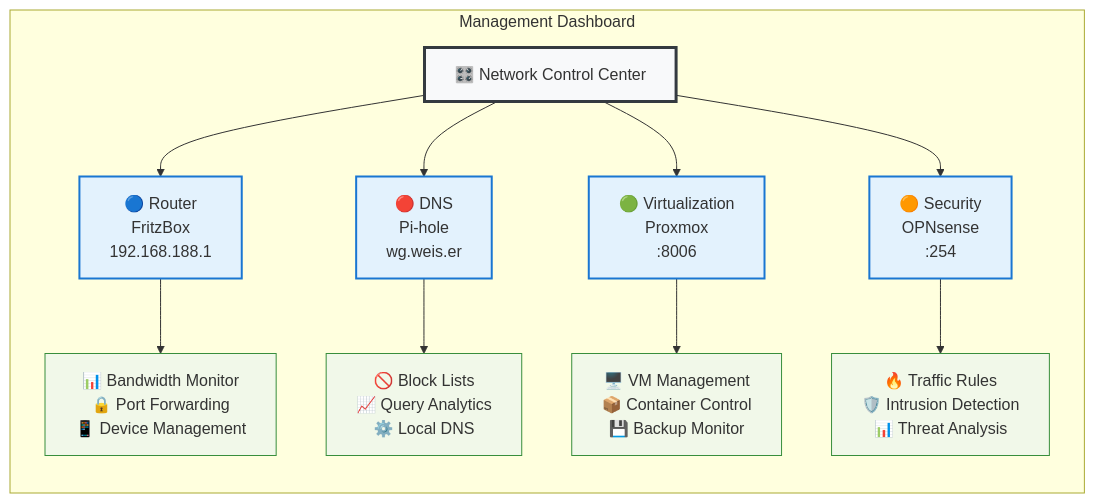
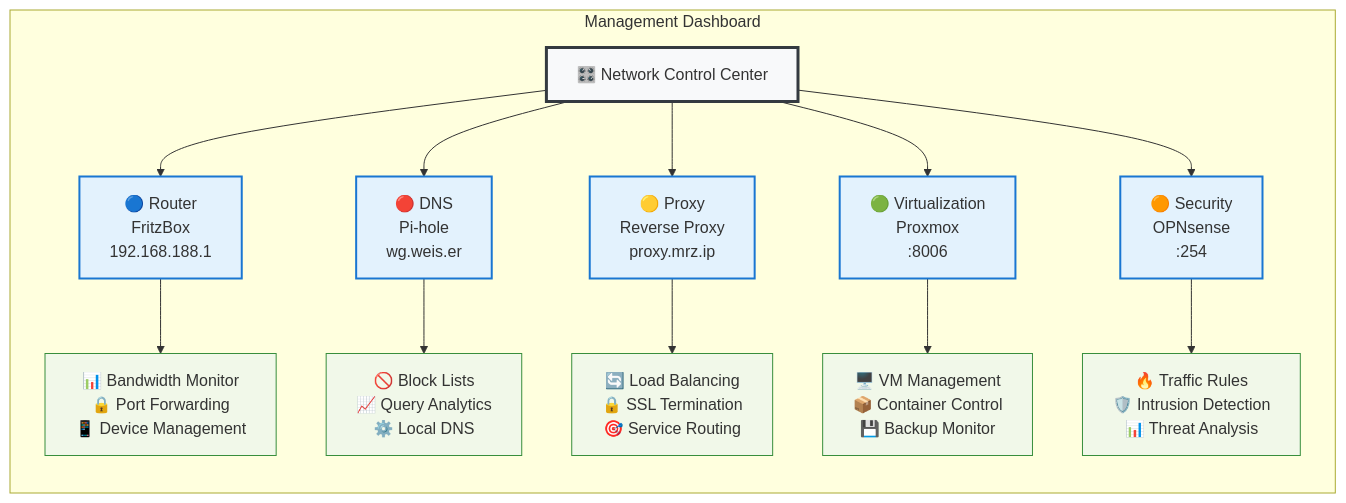
Before and after one commit to dajuly20/network-documentation-plan-wg-merzhauser: the fifth of 6 diagrams in HAUPTDOKUMENTATION.md, drawn with Mermaid. The commit also changed other lines of this file and 1 other file, not shown here.

Commit message:
🔗 Add proxy.mrz.ip to network documentation
- Include proxy.mrz.ip in main network topology diagram
- Add reverse proxy to web interfaces management table
- Update internal domains list with proxy server
- Integrate proxy into management dashboard with load balancing actions
- Add SSL termination and service routing capabilities
- Update IP address lists across all documentation files

````diff
--- a/HAUPTDOKUMENTATION.md
+++ b/HAUPTDOKUMENTATION.md
@@ -438,30 +441,33 @@
 ```mermaid
 graph LR
     subgraph "Management Dashboard"
         DASHBOARD[🎛️ Network Control Center]
         
         ROUTER[🔵 Router<br/>FritzBox<br/>192.168.188.1]
         DNS[🔴 DNS<br/>Pi-hole<br/>wg.weis.er]
+        PROXY[🟡 Proxy<br/>Reverse Proxy<br/>proxy.mrz.ip]
         PROXMOX[🟢 Virtualization<br/>Proxmox<br/>:8006]
         FIREWALL[🟠 Security<br/>OPNsense<br/>:254]
         
         DASHBOARD --> ROUTER
         DASHBOARD --> DNS
+        DASHBOARD --> PROXY
         DASHBOARD --> PROXMOX
         DASHBOARD --> FIREWALL
         
         %% Quick Actions
         ROUTER --> ROUTER_ACTIONS[📊 Bandwidth Monitor<br/>🔒 Port Forwarding<br/>📱 Device Management]
         DNS --> DNS_ACTIONS[🚫 Block Lists<br/>📈 Query Analytics<br/>⚙️ Local DNS]
+        PROXY --> PROXY_ACTIONS[🔄 Load Balancing<br/>🔒 SSL Termination<br/>🎯 Service Routing]
         PROXMOX --> PROXMOX_ACTIONS[🖥️ VM Management<br/>📦 Container Control<br/>💾 Backup Monitor]
         FIREWALL --> FIREWALL_ACTIONS[🔥 Traffic Rules<br/>🛡️ Intrusion Detection<br/>📊 Threat Analysis]
     end
 
     classDef dashboardClass fill:#f8f9fa,stroke:#343a40,stroke-width:3px
     classDef serviceClass fill:#e3f2fd,stroke:#1976d2,stroke-width:2px
     classDef actionClass fill:#f1f8e9,stroke:#388e3c,stroke-width:1px
 
     class DASHBOARD dashboardClass
-    class ROUTER,DNS,PROXMOX,FIREWALL serviceClass
-    class ROUTER_ACTIONS,DNS_ACTIONS,PROXMOX_ACTIONS,FIREWALL_ACTIONS actionClass
+    class ROUTER,DNS,PROXY,PROXMOX,FIREWALL serviceClass
+    class ROUTER_ACTIONS,DNS_ACTIONS,PROXY_ACTIONS,PROXMOX_ACTIONS,FIREWALL_ACTIONS actionClass
 ```
````
